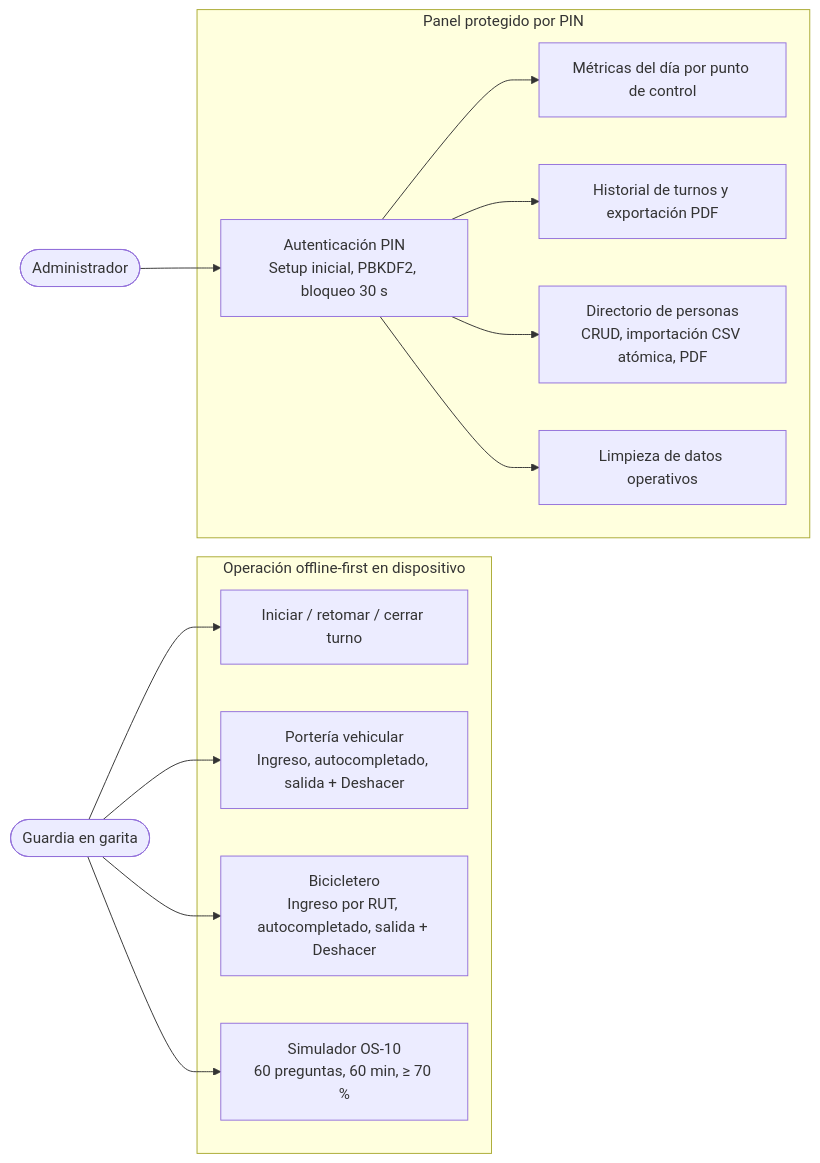
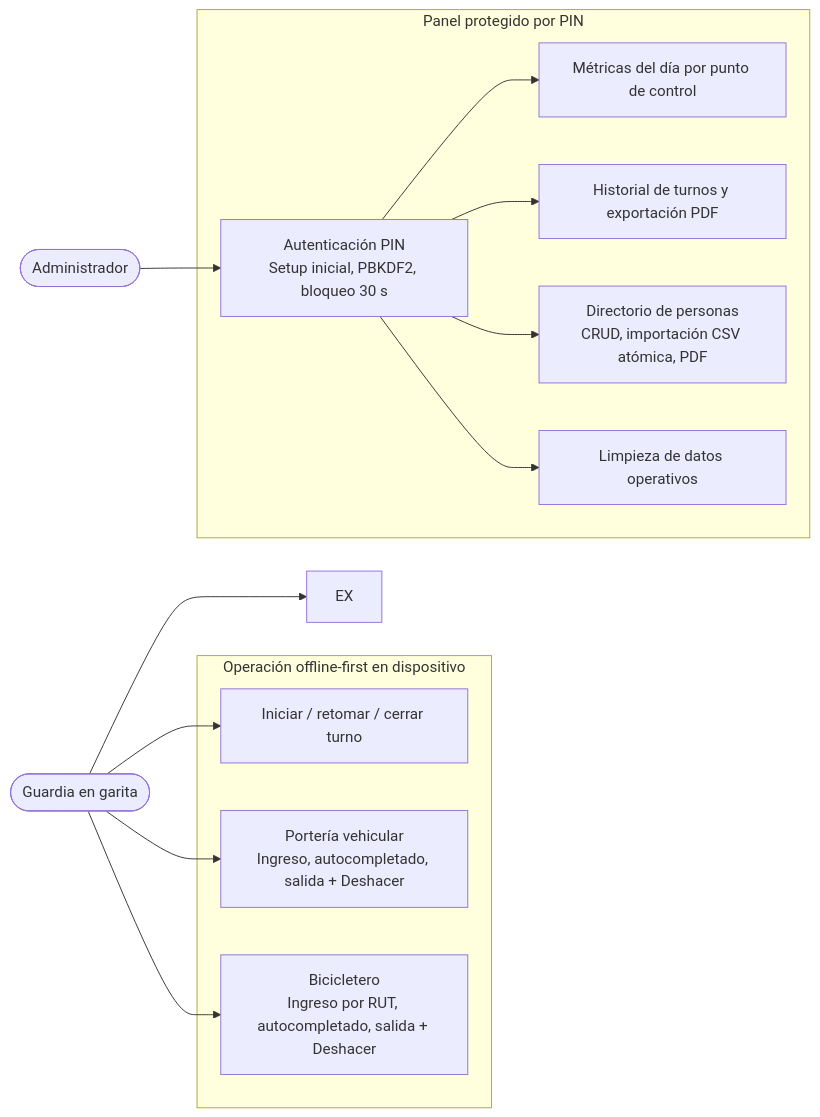
One commit to dur1al/controlate-android changed the first of 12 diagrams in docs/DIAGRAMS.md. Above: the diagram before and after it, drawn with Mermaid. The commit also changed other lines of this file and 106 other files, not shown here.

````diff
--- a/docs/DIAGRAMS.md
+++ b/docs/DIAGRAMS.md
@@ -9,31 +9,30 @@
 ```mermaid
 flowchart LR
     G(["Guardia en garita"])
     A(["Administrador"])
 
     subgraph Operacion["Operación offline-first en dispositivo"]
         T["Iniciar / retomar / cerrar turno"]
         PV["Portería vehicular<br/>Ingreso, autocompletado, salida + Deshacer"]
         PB["Bicicletero<br/>Ingreso por RUT, autocompletado, salida + Deshacer"]
-        EX["Simulador OS-10<br/>60 preguntas, 60 min, ≥ 70 %"]
     end
 
     subgraph Administracion["Panel protegido por PIN"]
         PIN["Autenticación PIN<br/>Setup inicial, PBKDF2, bloqueo 30 s"]
         MET["Métricas del día por punto de control"]
         REP["Historial de turnos y exportación PDF"]
         DIR["Directorio de personas<br/>CRUD, importación CSV atómica, PDF"]
         CLR["Limpieza de datos operativos"]
     end
 
     G --> T
     G --> PV
     G --> PB
     G --> EX
 
     A --> PIN
     PIN --> MET
     PIN --> REP
     PIN --> DIR
     PIN --> CLR
 ```
````
